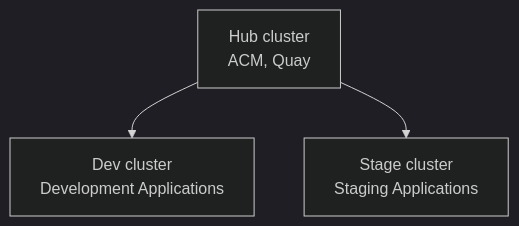
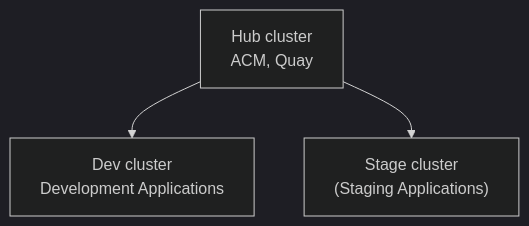
One commit to hello-world-gitops/.github changed the first of 3 diagrams in profile/README.md. Above: the diagram before and after it, drawn with Mermaid (dark theme).

Commit message:
Mix up "()" with <br />

````diff
--- a/profile/README.md
+++ b/profile/README.md
@@ -20,5 +20,5 @@
 ```mermaid
 graph TD
         Hub[Hub cluster<br />ACM, Quay] --> Dev[Dev cluster<br />Development Applications]
-        Hub --> Stage[Stage cluster<br />Staging Applications]
+        Hub --> Stage["Stage cluster<br />(Staging Applications)"]
 ```
````
